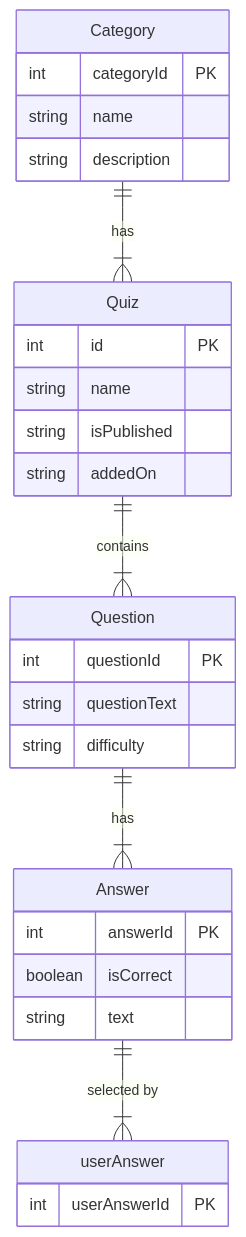
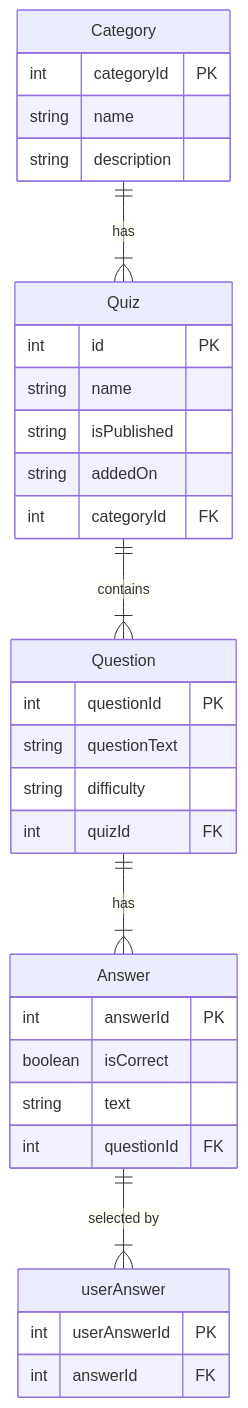
The diagram in README.md (NULL-Haaga-Helia/Quiz_Project), drawn with Mermaid before and after one commit. The commit also changed other lines of this file and 6 other files, not shown here.

````diff
--- a/README.md
+++ b/README.md
@@ -71,32 +87,36 @@
 ```mermaid
 erDiagram
 Category {
 int categoryId PK
 string name
 string description
 }
 Quiz {
 int id PK
 string name
 string isPublished
 string addedOn
+int categoryId FK
 }
 Question {
 int questionId PK
 string questionText
 string difficulty
+int quizId FK
 }
 Answer {
 int answerId PK
 boolean isCorrect
 string text
+int questionId FK
 }
 userAnswer {
 int userAnswerId PK
+int answerId FK
 }
 
     Category ||--|{ Quiz : "has"
     Quiz ||--|{ Question : "contains"
     Question ||--|{ Answer : "has"
     Answer ||--|{ userAnswer : "selected by"
 ```
````
